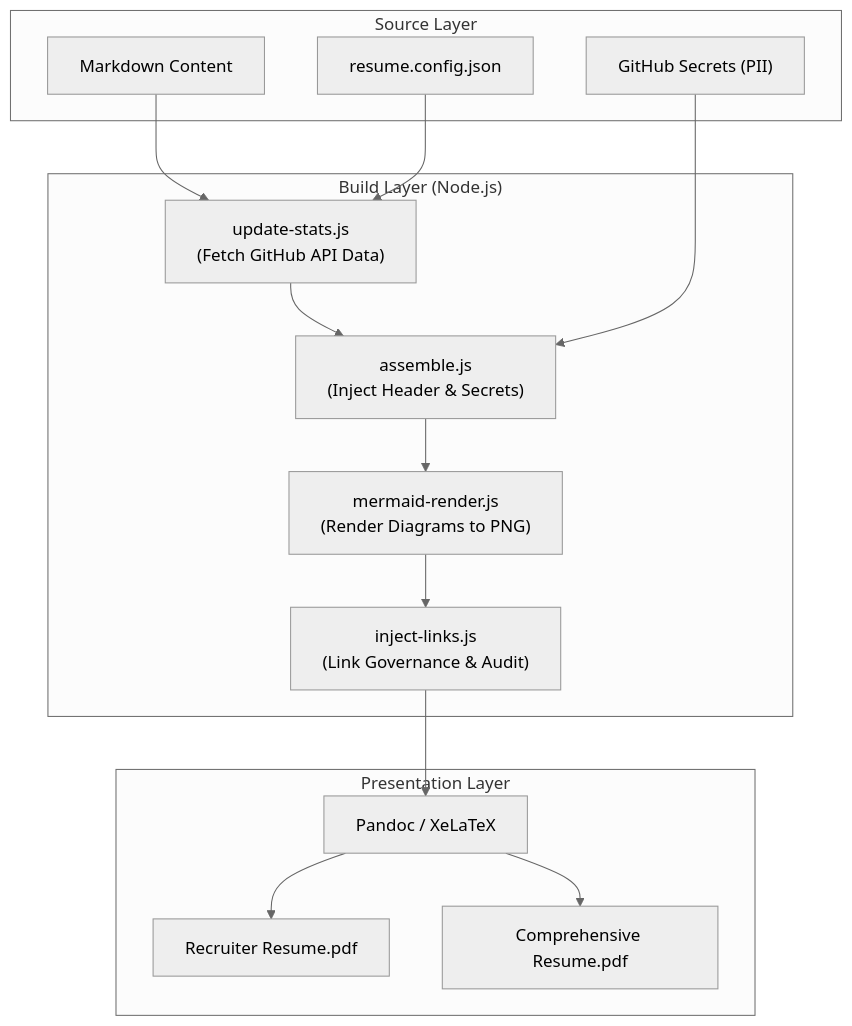
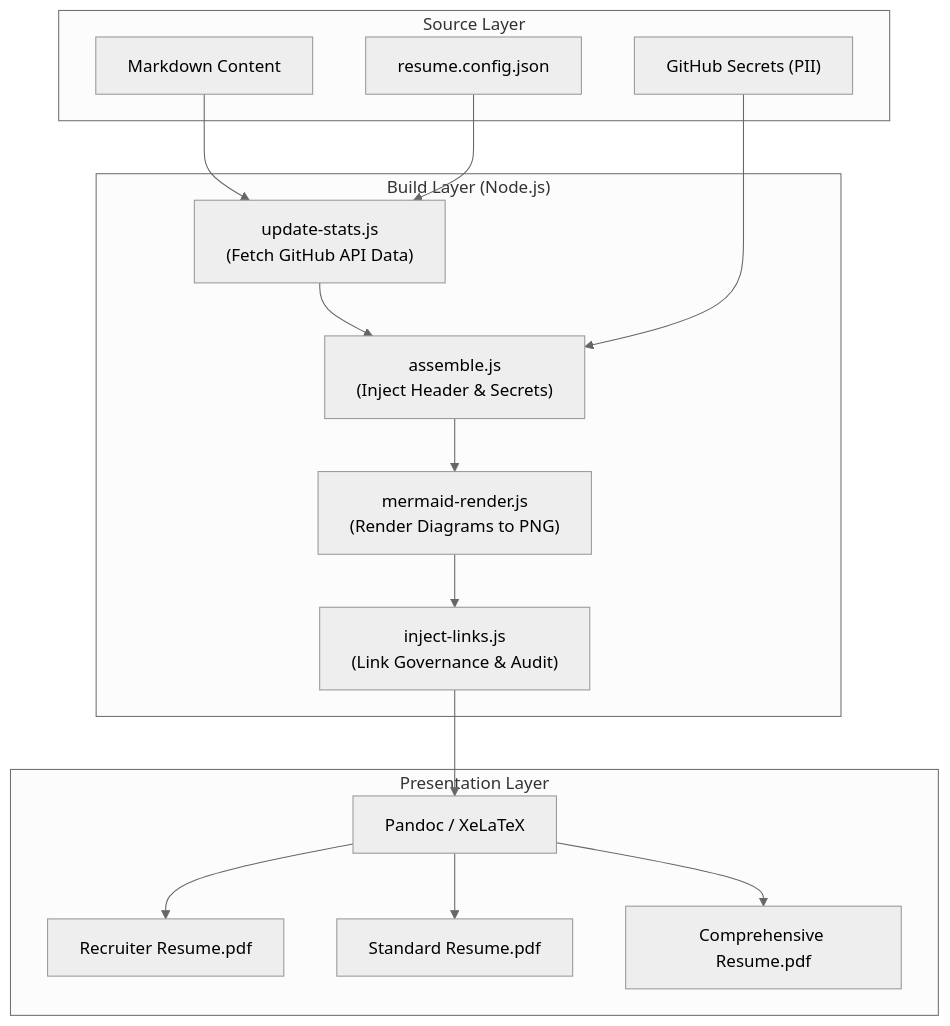
One commit to rdbumstead/resume-as-code changed the diagram in README.md. Above: the diagram before and after it, drawn with Mermaid (neutral theme). The commit also changed other lines of this file and 4 other files, not shown here.

````diff
--- a/README.md
+++ b/README.md
@@ -12,31 +12,33 @@
 ```mermaid
 graph TD
     subgraph Input ["Source Layer"]
         MD["Markdown Content"]
         Conf["resume.config.json"]
         Sec["GitHub Secrets (PII)"]
     end
 
     subgraph Process ["Build Layer (Node.js)"]
         Fetch["update-stats.js<br/>(Fetch GitHub API Data)"]
         Assemble["assemble.js<br/>(Inject Header & Secrets)"]
         Render["mermaid-render.js<br/>(Render Diagrams to PNG)"]
         Audit["inject-links.js<br/>(Link Governance & Audit)"]
     end
 
     subgraph Output ["Presentation Layer"]
         Pandoc["Pandoc / XeLaTeX"]
         PDF1["Recruiter Resume.pdf"]
-        PDF2["Comprehensive Resume.pdf"]
+        PDF2["Standard Resume.pdf"]
+        PDF3["Comprehensive Resume.pdf"]
     end
 
     MD --> Fetch
     Conf --> Fetch
     Fetch --> Assemble
     Sec --> Assemble
     Assemble --> Render
     Render --> Audit
     Audit --> Pandoc
     Pandoc --> PDF1
     Pandoc --> PDF2
+    Pandoc --> PDF3
 ```
````
